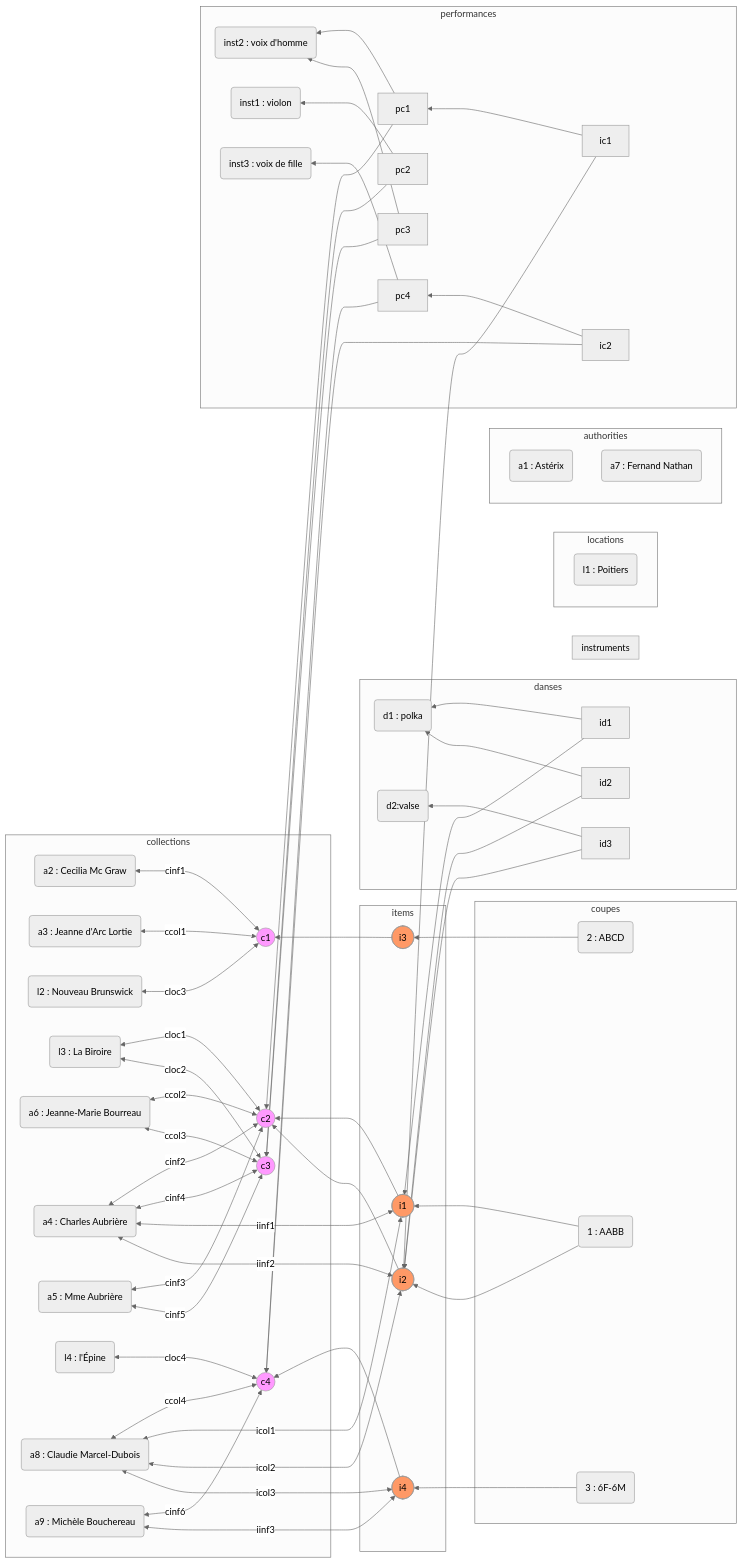
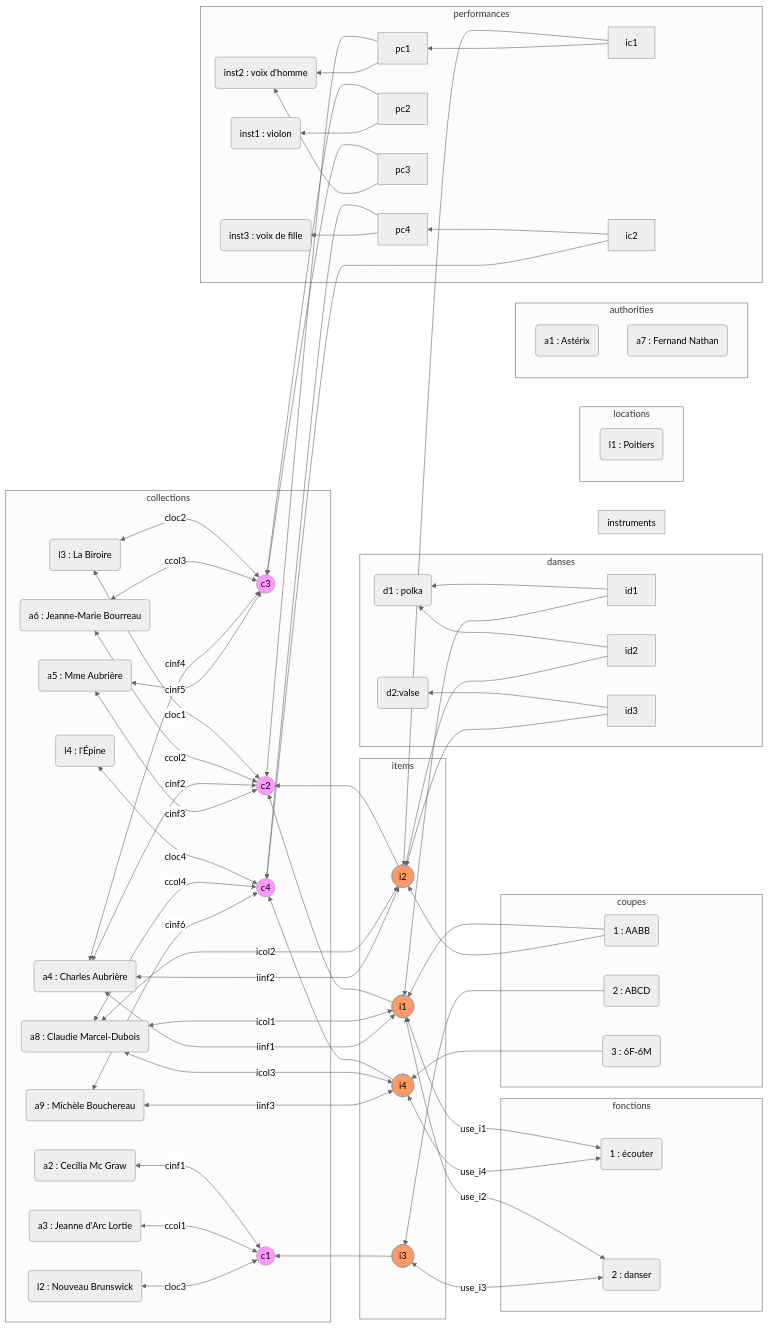
The diagram in documentation/data_test.md (Francoralite/francoralite), drawn with Mermaid before and after one commit. The commit also changed 7 other files, not shown here.

````diff
--- a/documentation/data_test.md
+++ b/documentation/data_test.md
@@ -107,4 +107,13 @@
     coup2 --> i3
     coup3 --> i4
     end
+
+    subgraph fonctions
+    use1(1 : écouter)
+    use2(2 : danser)
+    use1 <-- use_i1 -->  i1
+    use2 <-- use_i2 -->  i1
+    use2 <-- use_i3 -->  i3
+    use1 <-- use_i4 -->  i4
+    end
 ```
````
